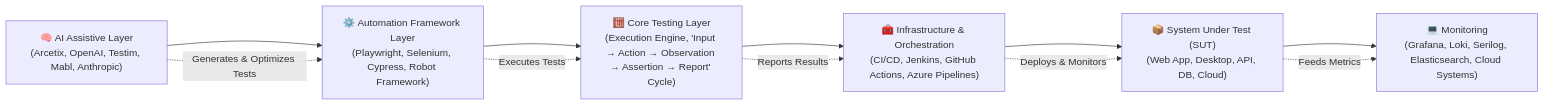
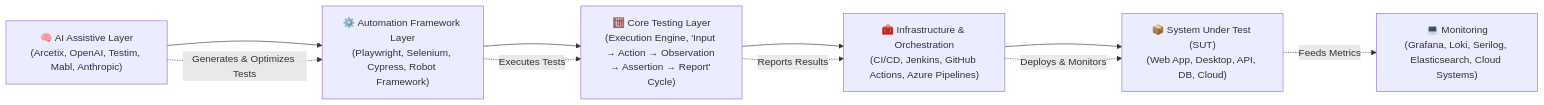
One commit to serhiiyasenev/TaskManager changed the fourth of 4 diagrams in README.md. Above: the diagram before and after it, drawn with Mermaid.

````diff
--- a/README.md
+++ b/README.md
@@ -289,21 +289,20 @@
 ```mermaid
 graph LR
     A["🧠 AI Assistive Layer<br/>(Arcetix, OpenAI, Testim, Mabl, Anthropic)"]
     B["⚙️ Automation Framework Layer<br/>(Playwright, Selenium, Cypress, Robot Framework)"]
     C["🧮 Core Testing Layer<br/>(Execution Engine, 'Input → Action → Observation → Assertion → Report' Cycle)"]
     D["🧰 Infrastructure & Orchestration<br/>(CI/CD, Jenkins, GitHub Actions, Azure Pipelines)"]
     E["📦 System Under Test (SUT)<br/>(Web App, Desktop, API, DB, Cloud)"]
     F["💻 Monitoring<br/>(Grafana, Loki, Serilog, Elasticsearch, Cloud Systems)"]
 
     A --> B
     B --> C
     C --> D
     D --> E
-    E --> F
 
     A -.->|Generates & Optimizes Tests| B
     B -.->|Executes Tests| C
     C -.->|Reports Results| D
     D -.->|Deploys & Monitors| E
     E -.->|Feeds Metrics| F
 ```
````
